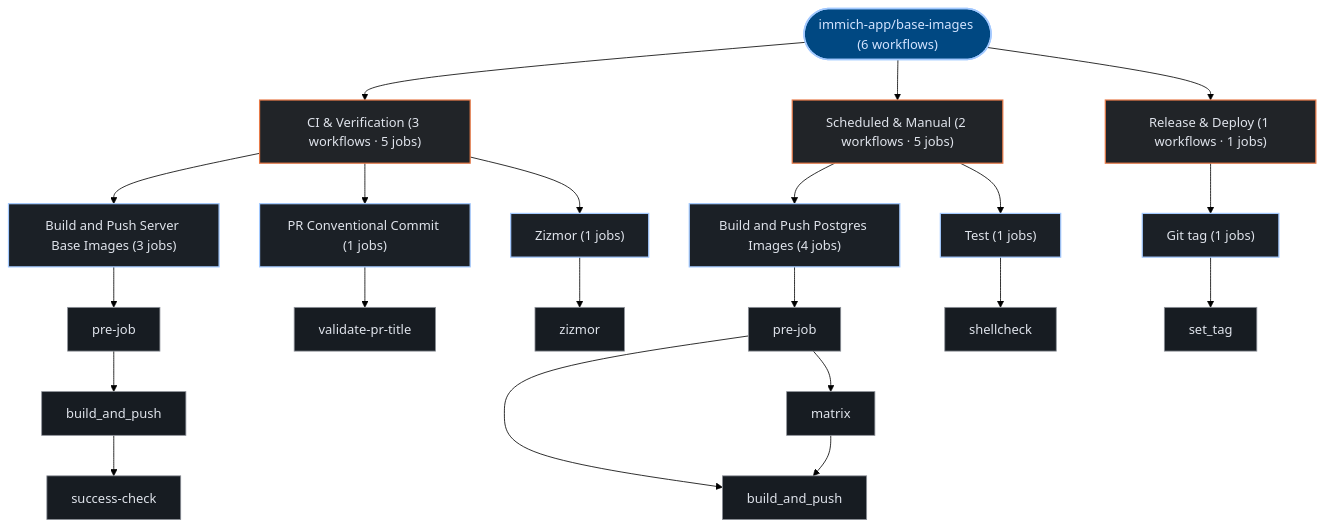
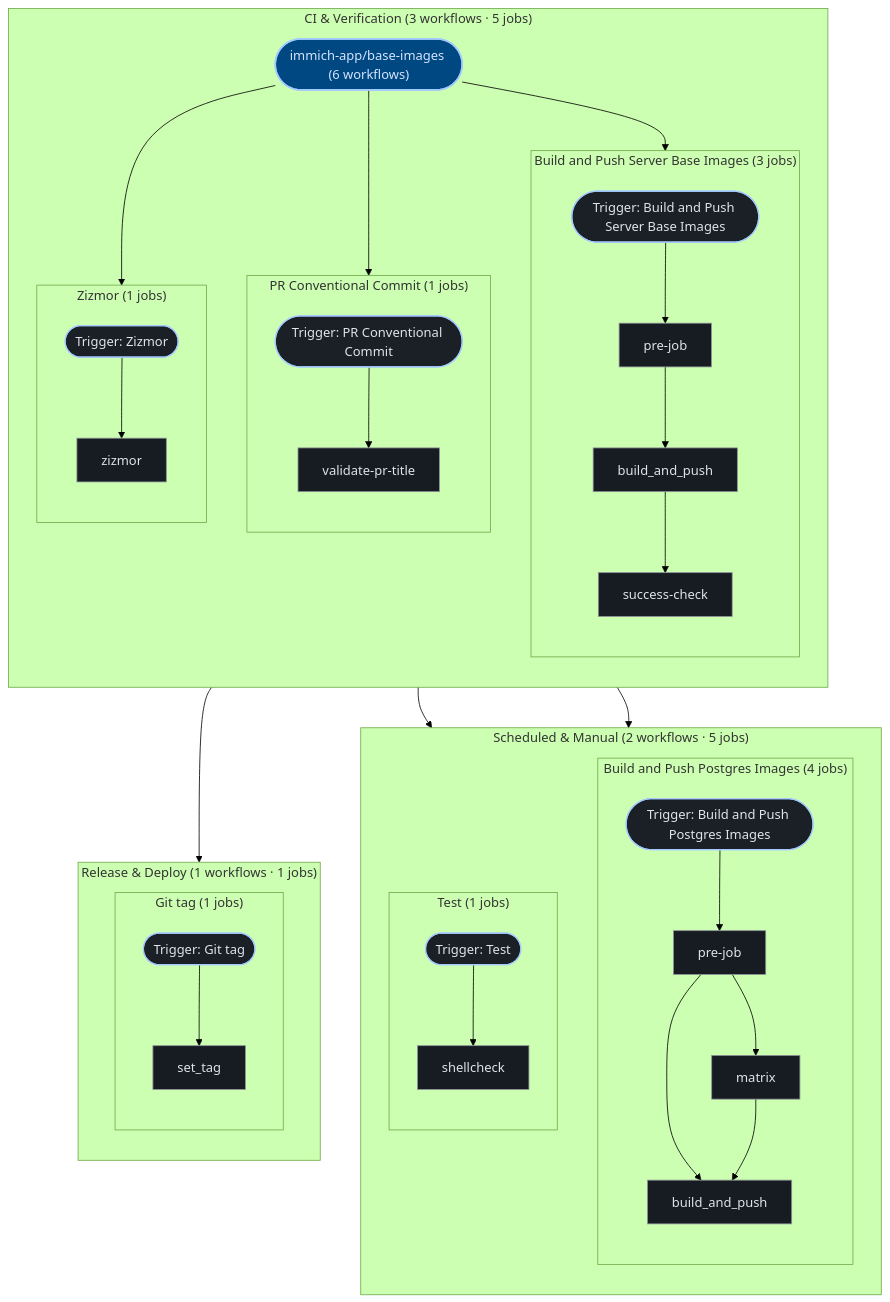
Before and after one commit to kumarshaz/atruss-code-atlas: the third of 3 diagrams in exports/latest/reports/immich-app-base-images-report.md, drawn with Mermaid (forest theme). The commit also changed 181 other files, not shown here.

````diff
--- a/exports/latest/reports/immich-app-base-images-report.md
+++ b/exports/latest/reports/immich-app-base-images-report.md
@@ -113,50 +113,71 @@
 ```mermaid
 graph TD;
   classDef atlasRoot fill:#004882,stroke:#a3c9ff,stroke-width:2px,color:#d3e4ff
   classDef atlasCategory fill:#212428,stroke:#E87A48,stroke-width:1.5px,color:#dfe3eb
   classDef atlasWorkflow fill:#1b2026,stroke:#a3c9ff,stroke-width:1.5px,color:#dfe3eb
   classDef atlasJob fill:#171c22,stroke:#8d9199,stroke-width:1px,color:#dfe3eb
   classDef atlasTarget fill:#005227,stroke:#8bd99b,stroke-width:1.5px,color:#a7f6b6
   classDef atlasAlert fill:#93000a,stroke:#ffb4ab,stroke-width:1.5px,color:#ffdad6
   classDef atlasMore fill:#252a31,stroke:#8d9199,stroke-dasharray:4 4,color:#c3c6cf
   pipeline_root(["immich-app/base-images (6 workflows)"]):::atlasRoot
-  grp_0_CI___Verification["CI & Verification (3 workflows · 5 jobs)"]:::atlasCategory
-  pipeline_root --> grp_0_CI___Verification
-  wf_1_Build_and_Push_Server_Base_Images["Build and Push Server Base Images (3 jobs)"]:::atlasWorkflow
-  grp_0_CI___Verification --> wf_1_Build_and_Push_Server_Base_Images
-  job_1_pre_job["pre-job"]:::atlasJob
-  job_1_build_and_push["build_and_push"]:::atlasJob
-  job_1_success_check["success-check"]:::atlasJob
-  wf_1_Build_and_Push_Server_Base_Images --> job_1_pre_job
-  job_1_pre_job --> job_1_build_and_push
-  job_1_build_and_push --> job_1_success_check
-  wf_2_PR_Conventional_Commit["PR Conventional Commit (1 jobs)"]:::atlasWorkflow
-  grp_0_CI___Verification --> wf_2_PR_Conventional_Commit
-  job_2_validate_pr_title["validate-pr-title"]:::atlasJob
-  wf_2_PR_Conventional_Commit --> job_2_validate_pr_title
-  wf_3_Zizmor["Zizmor (1 jobs)"]:::atlasWorkflow
-  grp_0_CI___Verification --> wf_3_Zizmor
-  job_3_zizmor["zizmor"]:::atlasJob
-  wf_3_Zizmor --> job_3_zizmor
-  grp_1_Scheduled___Manual["Scheduled & Manual (2 workflows · 5 jobs)"]:::atlasCategory
-  pipeline_root --> grp_1_Scheduled___Manual
-  wf_0_Build_and_Push_Postgres_Images["Build and Push Postgres Images (4 jobs)"]:::atlasWorkflow
-  grp_1_Scheduled___Manual --> wf_0_Build_and_Push_Postgres_Images
-  job_0_pre_job["pre-job"]:::atlasJob
-  job_0_matrix["matrix"]:::atlasJob
-  job_0_build_and_push["build_and_push"]:::atlasJob
-  wf_0_Build_and_Push_Postgres_Images --> job_0_pre_job
-  job_0_pre_job --> job_0_matrix
-  job_0_pre_job --> job_0_build_and_push
-  job_0_matrix --> job_0_build_and_push
-  wf_5_Test["Test (1 jobs)"]:::atlasWorkflow
-  grp_1_Scheduled___Manual --> wf_5_Test
-  job_5_shellcheck["shellcheck"]:::atlasJob
-  wf_5_Test --> job_5_shellcheck
-  grp_2_Release___Deploy["Release & Deploy (1 workflows · 1 jobs)"]:::atlasCategory
-  pipeline_root --> grp_2_Release___Deploy
-  wf_4_Git_tag["Git tag (1 jobs)"]:::atlasWorkflow
-  grp_2_Release___Deploy --> wf_4_Git_tag
-  job_4_set_tag["set_tag"]:::atlasJob
-  wf_4_Git_tag --> job_4_set_tag
+  subgraph sg_grp_0_CI___Verification["CI & Verification (3 workflows · 5 jobs)"]
+    direction TB
+    subgraph sg_wf_1_Build_and_Push_Server_Base_Images["Build and Push Server Base Images (3 jobs)"]
+      direction TB
+      wf_1_Build_and_Push_Server_Base_Images(["Trigger: Build and Push Server Base Images"]):::atlasWorkflow
+      job_1_pre_job["pre-job"]:::atlasJob
+      job_1_build_and_push["build_and_push"]:::atlasJob
+      job_1_success_check["success-check"]:::atlasJob
+      wf_1_Build_and_Push_Server_Base_Images --> job_1_pre_job
+      job_1_pre_job --> job_1_build_and_push
+      job_1_build_and_push --> job_1_success_check
+    end
+    pipeline_root --> wf_1_Build_and_Push_Server_Base_Images
+    subgraph sg_wf_2_PR_Conventional_Commit["PR Conventional Commit (1 jobs)"]
+      direction TB
+      wf_2_PR_Conventional_Commit(["Trigger: PR Conventional Commit"]):::atlasWorkflow
+      job_2_validate_pr_title["validate-pr-title"]:::atlasJob
+      wf_2_PR_Conventional_Commit --> job_2_validate_pr_title
+    end
+    pipeline_root --> wf_2_PR_Conventional_Commit
+    subgraph sg_wf_3_Zizmor["Zizmor (1 jobs)"]
+      direction TB
+      wf_3_Zizmor(["Trigger: Zizmor"]):::atlasWorkflow
+      job_3_zizmor["zizmor"]:::atlasJob
+      wf_3_Zizmor --> job_3_zizmor
+    end
+    pipeline_root --> wf_3_Zizmor
+  end
+  subgraph sg_grp_1_Scheduled___Manual["Scheduled & Manual (2 workflows · 5 jobs)"]
+    direction TB
+    subgraph sg_wf_0_Build_and_Push_Postgres_Images["Build and Push Postgres Images (4 jobs)"]
+      direction TB
+      wf_0_Build_and_Push_Postgres_Images(["Trigger: Build and Push Postgres Images"]):::atlasWorkflow
+      job_0_pre_job["pre-job"]:::atlasJob
+      job_0_matrix["matrix"]:::atlasJob
+      job_0_build_and_push["build_and_push"]:::atlasJob
+      wf_0_Build_and_Push_Postgres_Images --> job_0_pre_job
+      job_0_pre_job --> job_0_matrix
+      job_0_pre_job --> job_0_build_and_push
+      job_0_matrix --> job_0_build_and_push
+    end
+    pipeline_root --> wf_0_Build_and_Push_Postgres_Images
+    subgraph sg_wf_5_Test["Test (1 jobs)"]
+      direction TB
+      wf_5_Test(["Trigger: Test"]):::atlasWorkflow
+      job_5_shellcheck["shellcheck"]:::atlasJob
+      wf_5_Test --> job_5_shellcheck
+    end
+    pipeline_root --> wf_5_Test
+  end
+  subgraph sg_grp_2_Release___Deploy["Release & Deploy (1 workflows · 1 jobs)"]
+    direction TB
+    subgraph sg_wf_4_Git_tag["Git tag (1 jobs)"]
+      direction TB
+      wf_4_Git_tag(["Trigger: Git tag"]):::atlasWorkflow
+      job_4_set_tag["set_tag"]:::atlasJob
+      wf_4_Git_tag --> job_4_set_tag
+    end
+    pipeline_root --> wf_4_Git_tag
+  end
 ```
````
